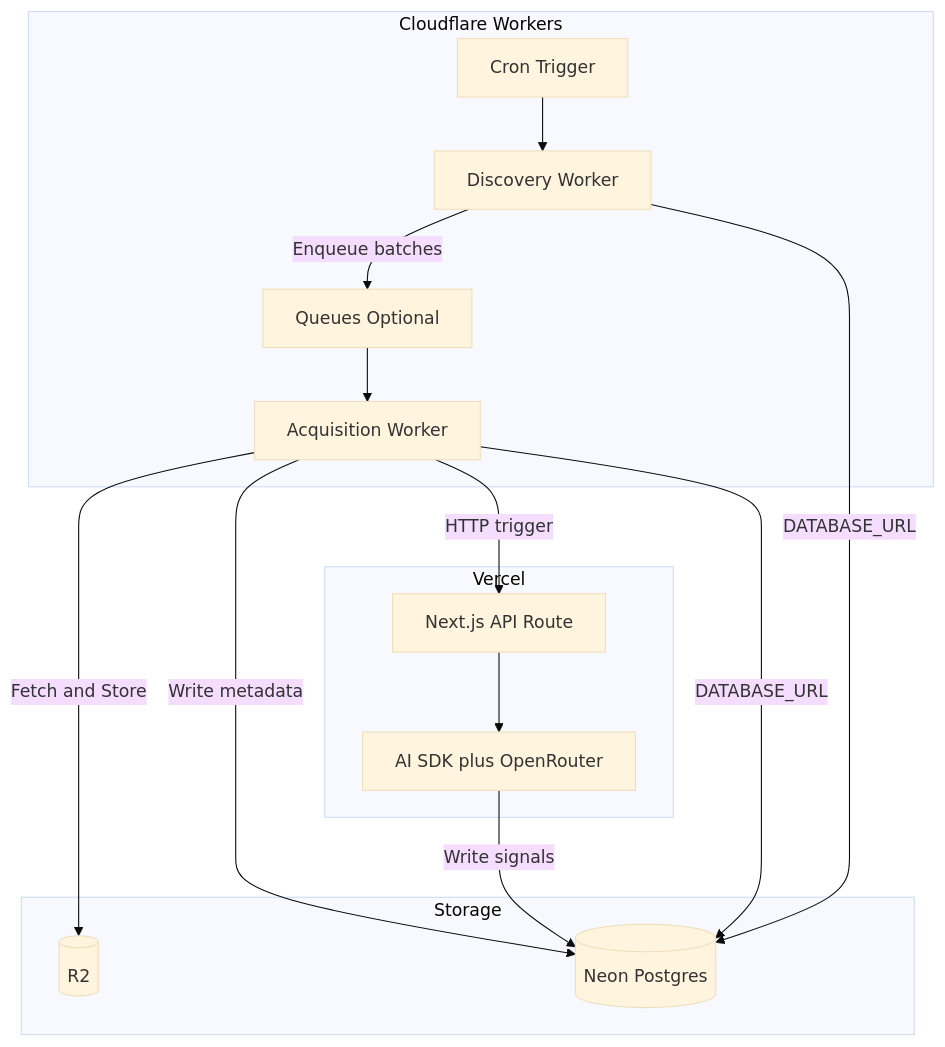
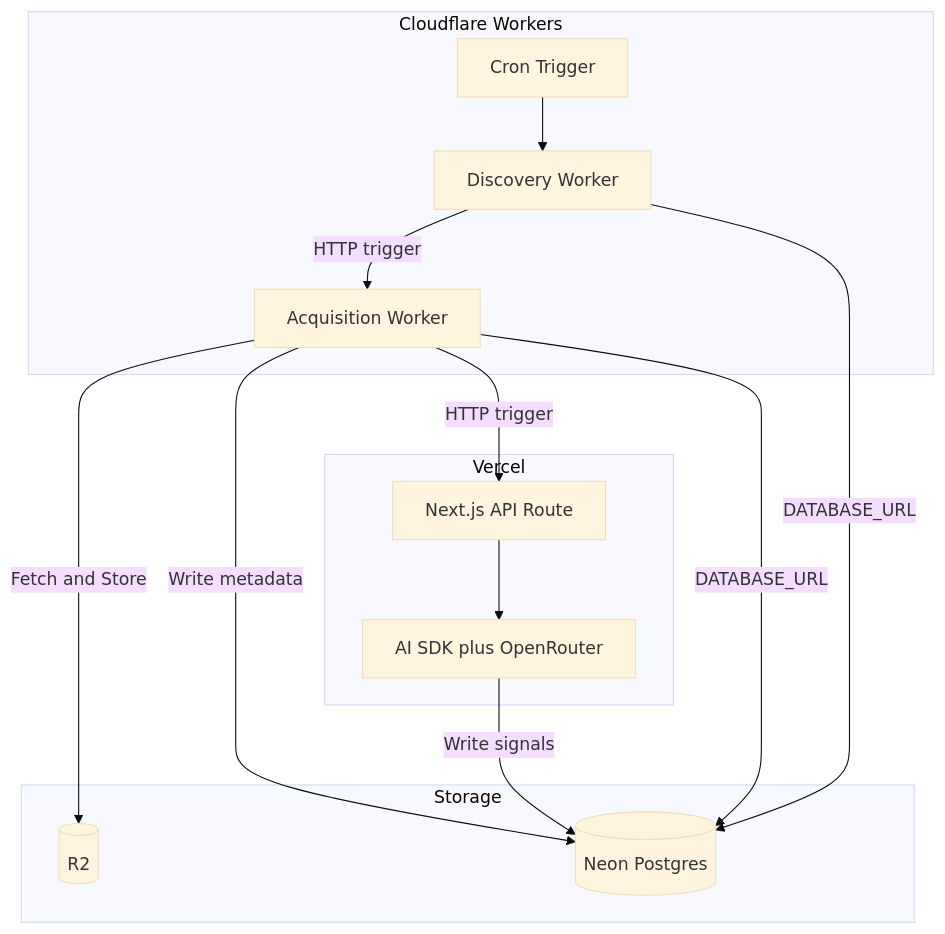
One commit to ramidecodes/agi-canary-index changed the diagram in docs/features/00-feature-roadmap.md. Above: the diagram before and after it, drawn with Mermaid (base theme). The commit also changed other lines of this file and 12 other files, not shown here.

````diff
--- a/docs/features/00-feature-roadmap.md
+++ b/docs/features/00-feature-roadmap.md
@@ -10,30 +10,28 @@
 ```mermaid
 flowchart TB
     subgraph Cloudflare [Cloudflare Workers]
         Cron[Cron Trigger]
         Discovery[Discovery Worker]
-        Queue[Queues Optional]
         Acquire[Acquisition Worker]
     end
 
     subgraph Vercel [Vercel]
         API[Next.js API Route]
         AI[AI SDK plus OpenRouter]
     end
 
     subgraph Storage [Storage]
         Neon[(Neon Postgres)]
         R2[(R2)]
     end
 
     Cron --> Discovery
-    Discovery -->|Enqueue batches| Queue
-    Queue --> Acquire
+    Discovery -->|HTTP trigger| Acquire
     Acquire -->|Fetch and Store| R2
     Acquire -->|Write metadata| Neon
     Acquire -->|HTTP trigger| API
     API --> AI
     AI -->|Write signals| Neon
     Discovery -->|DATABASE_URL| Neon
     Acquire -->|DATABASE_URL| Neon
 ```
````
